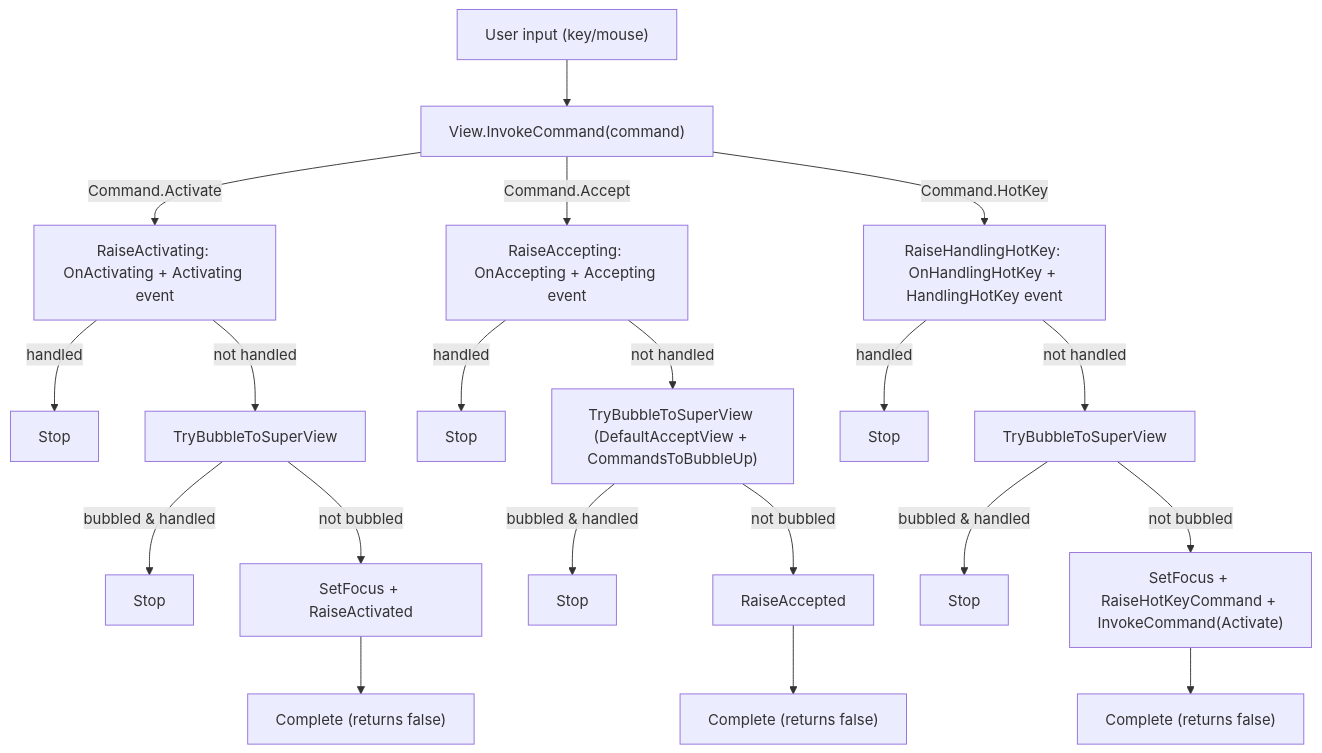
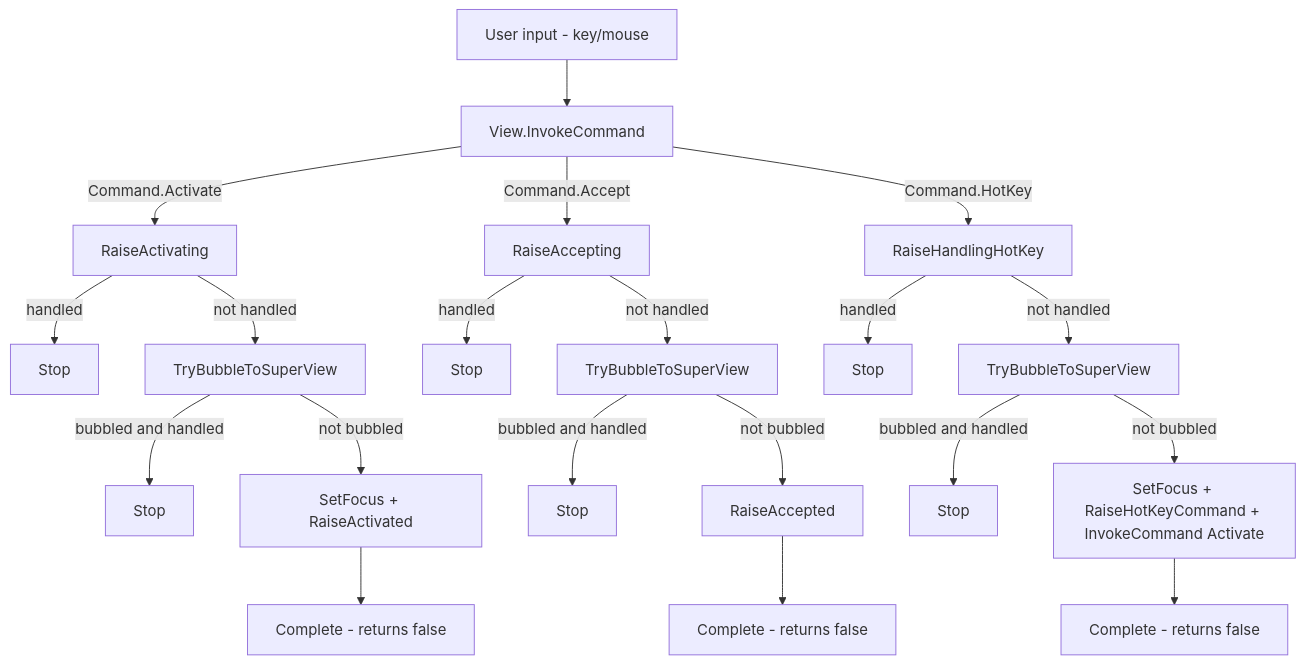
Before and after one commit to gui-cs/Terminal.Gui: the first of 4 diagrams in docfx/docs/command.md, drawn with Mermaid. The commit also changed other lines of this file and 7 other files, not shown here.

First line of the commit message:
Fix OptionSelector/FlagSelector HotKey command handling

````diff
--- a/docfx/docs/command.md
+++ b/docfx/docs/command.md
@@ -17,25 +17,25 @@
 ```mermaid
 flowchart TD
-    input["User input (key/mouse)"] --> invoke["View.InvokeCommand(command)"]
-    invoke --> |Command.Activate| act_pre["RaiseActivating: OnActivating + Activating event"]
-    invoke --> |Command.Accept| acc_pre["RaiseAccepting: OnAccepting + Accepting event"]
-    invoke --> |Command.HotKey| hk_pre["RaiseHandlingHotKey: OnHandlingHotKey + HandlingHotKey event"]
+    input[User input - key/mouse] --> invoke[View.InvokeCommand]
+    invoke --> |Command.Activate| act_pre[RaiseActivating]
+    invoke --> |Command.Accept| acc_pre[RaiseAccepting]
+    invoke --> |Command.HotKey| hk_pre[RaiseHandlingHotKey]
 
-    act_pre --> |handled| act_stop["Stop"]
-    act_pre --> |not handled| act_bubble["TryBubbleToSuperView"]
-    act_bubble --> |bubbled & handled| act_stop2["Stop"]
-    act_bubble --> |not bubbled| act_handler["SetFocus + RaiseActivated"]
-    act_handler --> act_done["Complete (returns false)"]
+    act_pre --> |handled| act_stop[Stop]
+    act_pre --> |not handled| act_bubble[TryBubbleToSuperView]
+    act_bubble --> |bubbled and handled| act_stop2[Stop]
+    act_bubble --> |not bubbled| act_handler[SetFocus + RaiseActivated]
+    act_handler --> act_done[Complete - returns false]
 
-    acc_pre --> |handled| acc_stop["Stop"]
-    acc_pre --> |not handled| acc_bubble["TryBubbleToSuperView (DefaultAcceptView + CommandsToBubbleUp)"]
-    acc_bubble --> |bubbled & handled| acc_stop2["Stop"]
-    acc_bubble --> |not bubbled| acc_handler["RaiseAccepted"]
-    acc_handler --> acc_done["Complete (returns false)"]
+    acc_pre --> |handled| acc_stop[Stop]
+    acc_pre --> |not handled| acc_bubble[TryBubbleToSuperView]
+    acc_bubble --> |bubbled and handled| acc_stop2[Stop]
+    acc_bubble --> |not bubbled| acc_handler[RaiseAccepted]
+    acc_handler --> acc_done[Complete - returns false]
 
-    hk_pre --> |handled| hk_stop["Stop"]
-    hk_pre --> |not handled| hk_bubble["TryBubbleToSuperView"]
-    hk_bubble --> |bubbled & handled| hk_stop2["Stop"]
-    hk_bubble --> |not bubbled| hk_handler["SetFocus + RaiseHotKeyCommand + InvokeCommand(Activate)"]
-    hk_handler --> hk_done["Complete (returns false)"]
+    hk_pre --> |handled| hk_stop[Stop]
+    hk_pre --> |not handled| hk_bubble[TryBubbleToSuperView]
+    hk_bubble --> |bubbled and handled| hk_stop2[Stop]
+    hk_bubble --> |not bubbled| hk_handler[SetFocus + RaiseHotKeyCommand + InvokeCommand Activate]
+    hk_handler --> hk_done[Complete - returns false]
 ```
````
